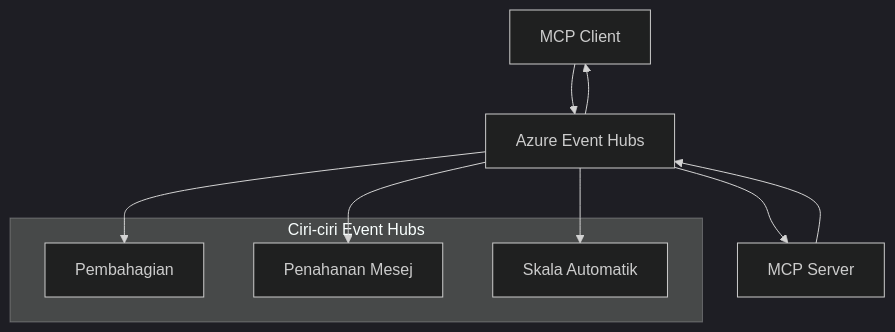
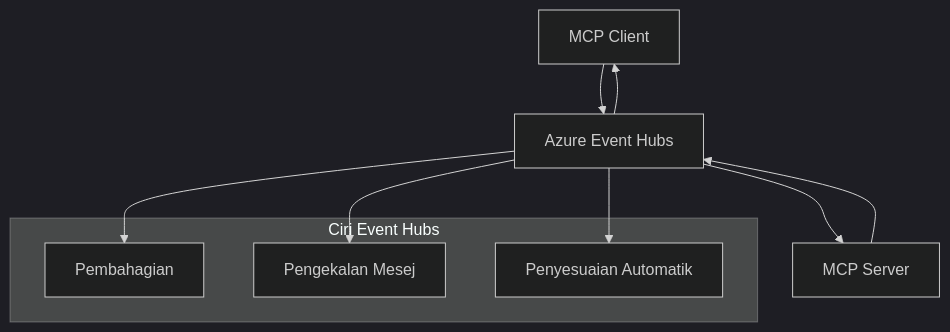
The second of 2 diagrams in mcp_ecosystem__model_context_protocol/mcp_learning_resources/mcp-for-beginners/translations/ms/05-AdvancedTopics/mcp-transport/README.md (HIDORAKAI002/ai-workspace-archive), drawn with Mermaid (dark theme) before and after one commit. The commit also changed other lines of this file and 1539 other files, not shown here.

````diff
--- a/mcp_ecosystem__model_context_protocol/mcp_learning_resources/mcp-for-beginners/translations/ms/05-AdvancedTopics/mcp-transport/README.md
+++ b/mcp_ecosystem__model_context_protocol/mcp_learning_resources/mcp-for-beginners/translations/ms/05-AdvancedTopics/mcp-transport/README.md
@@ -269,17 +270,17 @@
 ```mermaid
 graph TB
     Client[MCP Client] --> EH[Azure Event Hubs]
     EH --> Server[MCP Server]
     Server --> EH
     EH --> Client
     
-    subgraph "Ciri-ciri Event Hubs"
+    subgraph "Ciri Event Hubs"
         Partition[Pembahagian]
-        Retention[Penahanan Mesej]
-        Scaling[Skala Automatik]
+        Retention[Pengekalan Mesej]
+        Scaling[Penyesuaian Automatik]
     end
     
     EH --> Partition
     EH --> Retention
     EH --> Scaling
 ```
````
